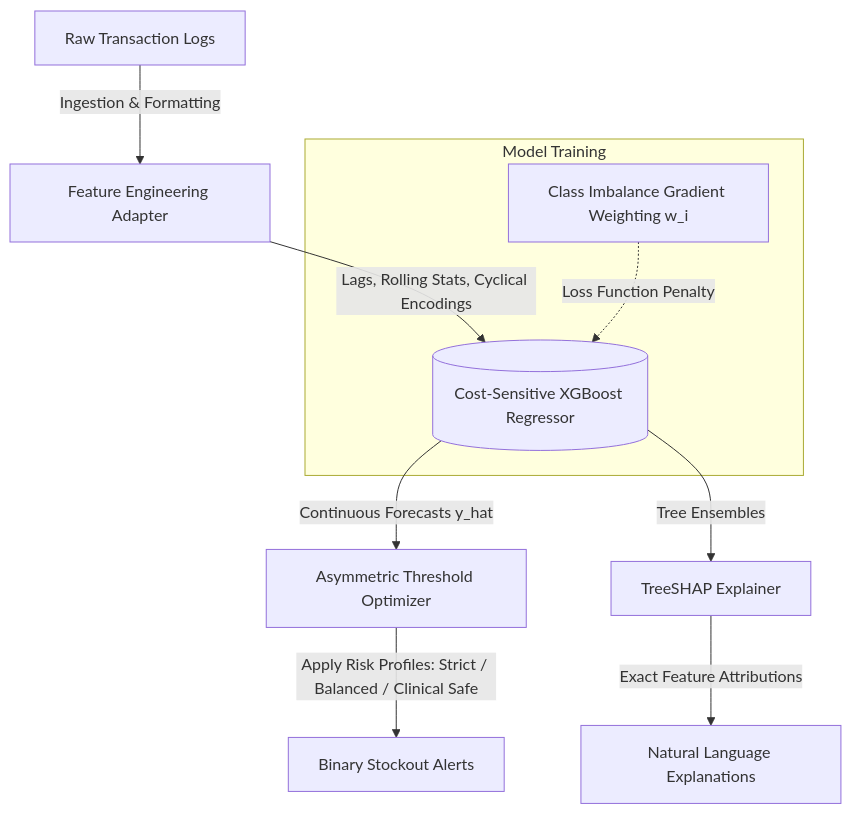
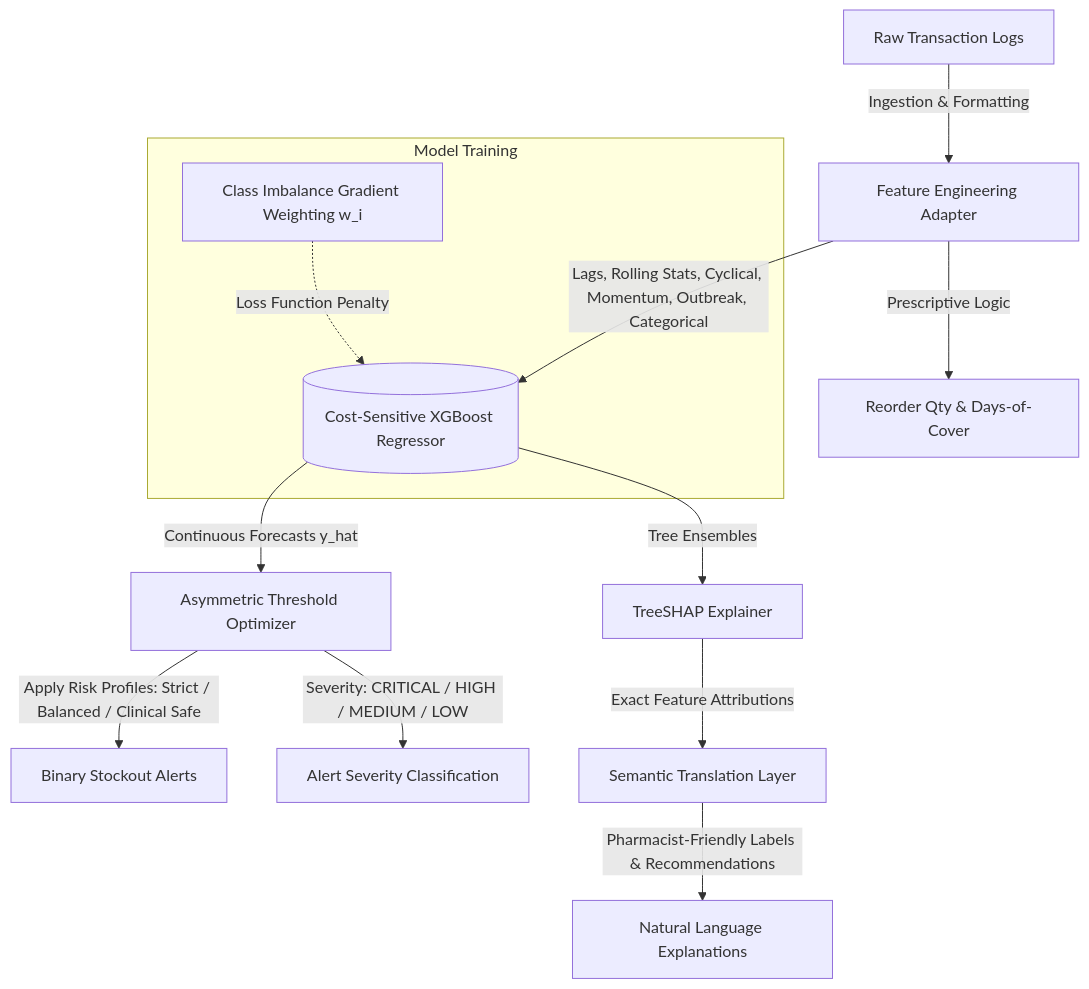
Before and after one commit to AlgorithSage/ProgyNova_AI: the diagram in docs/system_overview.md, drawn with Mermaid. The commit also changed other lines of this file and 26 other files, not shown here.

````diff
--- a/docs/system_overview.md
+++ b/docs/system_overview.md
@@ -13,15 +16,19 @@
 ```mermaid
 graph TD
     Data[Raw Transaction Logs] -->|Ingestion & Formatting| Adapt[Feature Engineering Adapter]
-    Adapt -->|Lags, Rolling Stats, Cyclical Encodings| CoreModel[(Cost-Sensitive XGBoost Regressor)]
+    Adapt -->|Lags, Rolling Stats, Cyclical, Momentum, Outbreak, Categorical| CoreModel[(Cost-Sensitive XGBoost Regressor)]
     
     subgraph Model Training
         Weights[Class Imbalance Gradient Weighting w_i] -.->|Loss Function Penalty| CoreModel
     end
 
     CoreModel -->|Continuous Forecasts y_hat| Optimizer[Asymmetric Threshold Optimizer]
     Optimizer -->|Apply Risk Profiles: Strict / Balanced / Clinical Safe| Alerts[Binary Stockout Alerts]
+    Optimizer -->|Severity: CRITICAL / HIGH / MEDIUM / LOW| Severity[Alert Severity Classification]
     
     CoreModel -->|Tree Ensembles| SHAP[TreeSHAP Explainer]
-    SHAP -->|Exact Feature Attributions| Explanations[Natural Language Explanations]
+    SHAP -->|Exact Feature Attributions| SemanticLayer[Semantic Translation Layer]
+    SemanticLayer -->|Pharmacist-Friendly Labels & Recommendations| Explanations[Natural Language Explanations]
+    
+    Adapt -->|Prescriptive Logic| Prescriptive[Reorder Qty & Days-of-Cover]
 ```
````
